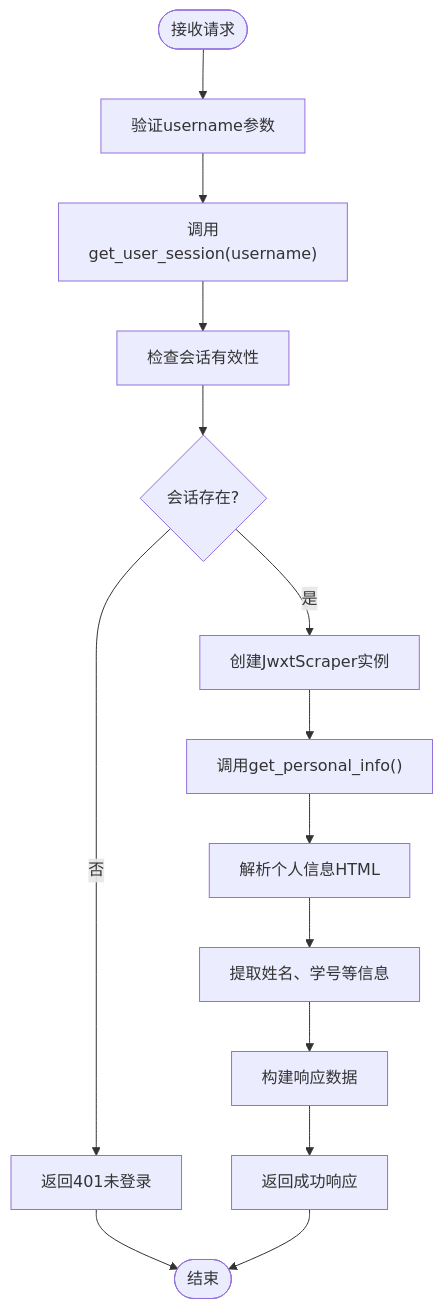
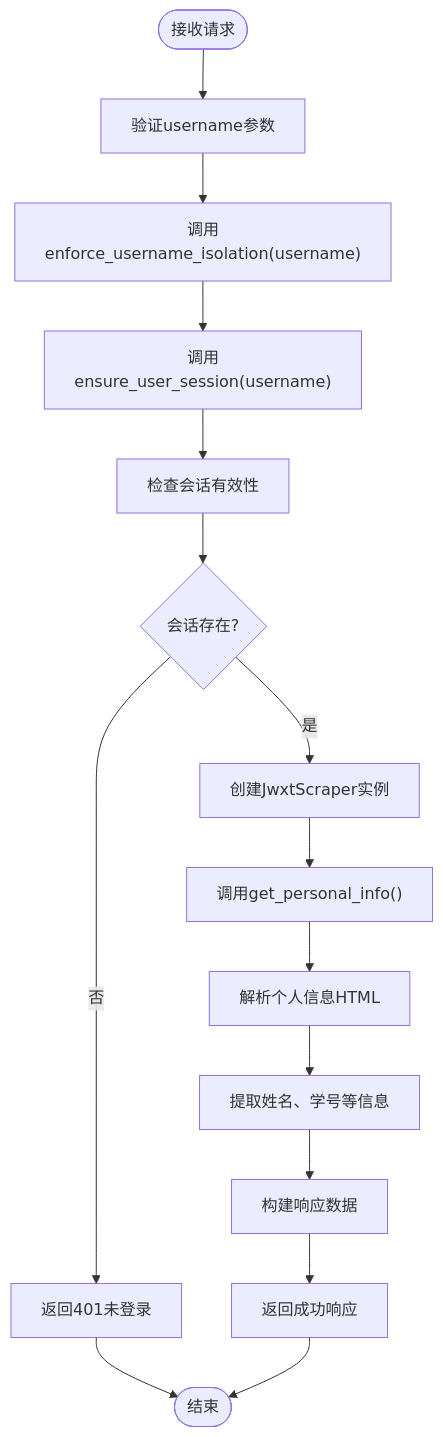
The fifth of 15 diagrams in .qoder/repowiki/zh/content/后端API文档/个人信息查询API.md (ghbbn053-ship-itsoulddog/soulddog), drawn with Mermaid before and after one commit. The commit also changed other lines of this file and 119 other files, not shown here.

````diff
--- a/.qoder/repowiki/zh/content/后端API文档/个人信息查询API.md
+++ b/.qoder/repowiki/zh/content/后端API文档/个人信息查询API.md
@@ -251,16 +261,17 @@
 ```mermaid
 flowchart TD
 Start([接收请求]) --> ValidateParams["验证username参数"]
-ValidateParams --> CallSessionMgr["调用get_user_session(username)"]
-CallSessionMgr --> CheckSession["检查会话有效性"]
+ValidateParams --> CallSecurity["调用enforce_username_isolation(username)"]
+CallSecurity --> ValidateSession["调用ensure_user_session(username)"]
+ValidateSession --> CheckSession["检查会话有效性"]
 CheckSession --> SessionExists{"会话存在?"}
 SessionExists --> |否| Return401["返回401未登录"]
 SessionExists --> |是| CreateScraper["创建JwxtScraper实例"]
 CreateScraper --> GetInfo["调用get_personal_info()"]
 GetInfo --> ParseHTML["解析个人信息HTML"]
 ParseHTML --> ExtractData["提取姓名、学号等信息"]
 ExtractData --> BuildResponse["构建响应数据"]
 BuildResponse --> Success["返回成功响应"]
 Return401 --> End([结束])
 Success --> End
 ```
````
